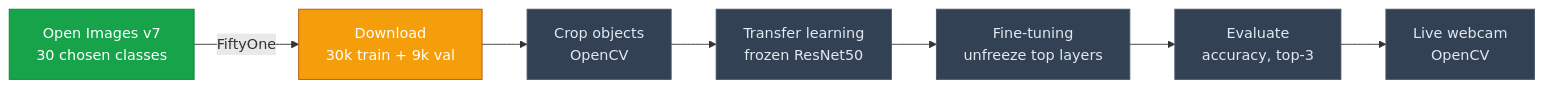
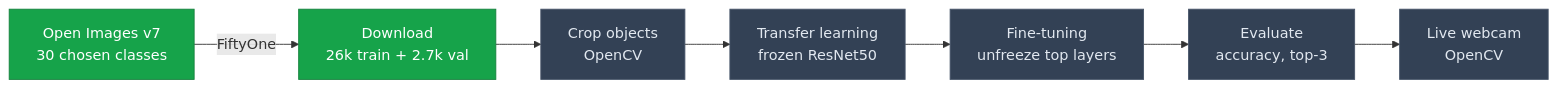
Before and after one commit to python-is-life2022/image-classification-resnet-finetuning: the diagram in README.md, drawn with Mermaid. The commit also changed other lines of this file, not shown here.

````diff
--- a/README.md
+++ b/README.md
@@ -37,16 +37,15 @@
 ```mermaid
 flowchart LR
-    A["Open Images v7<br/>30 chosen classes"] -->|FiftyOne| B["Download<br/>30k train + 9k val"]
+    A["Open Images v7<br/>30 chosen classes"] -->|FiftyOne| B["Download<br/>26k train + 2.7k val"]
     B --> C["Crop objects<br/>OpenCV"]
     C --> D["Transfer learning<br/>frozen ResNet50"]
     D --> E["Fine-tuning<br/>unfreeze top layers"]
     E --> F["Evaluate<br/>accuracy, top-3"]
     F --> G["Live webcam<br/>OpenCV"]
 
     classDef done fill:#16a34a,stroke:#15803d,color:#fff;
     classDef wip fill:#f59e0b,stroke:#b45309,color:#fff;
     classDef todo fill:#334155,stroke:#475569,color:#e2e8f0;
-    class A done;
-    class B wip;
+    class A,B done;
     class C,D,E,F,G todo;
 ```
````
